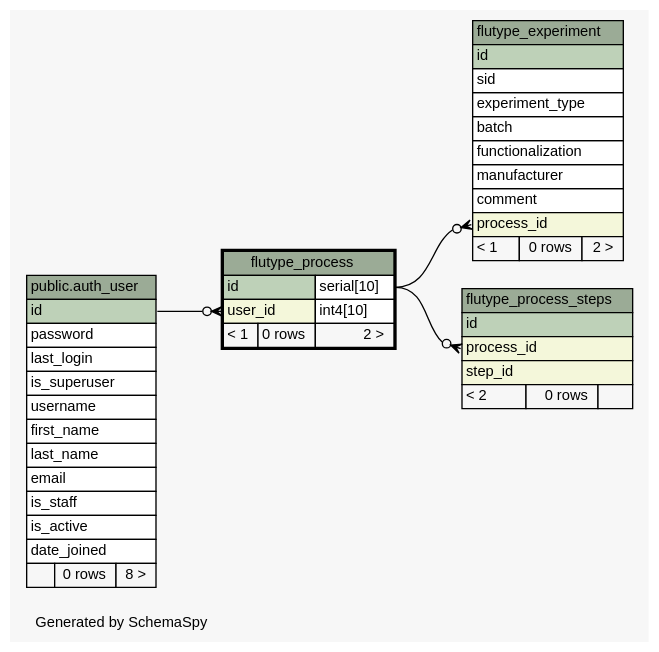
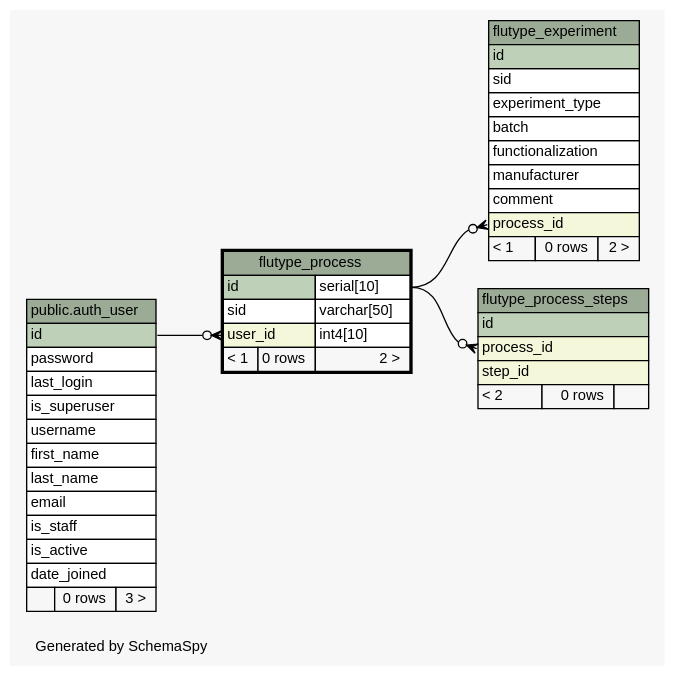
One commit to janekg89/flutype_webapp changed the diagram in docs/schema/diagrams/flutype_process.1degree.dot. Above: the diagram before and after it, drawn with Graphviz. The commit also changed 139 other files, not shown here.

Commit message:
add schema settings for janeks pc, working on fill_db.py with new model.

```diff
--- a/docs/schema/diagrams/flutype_process.1degree.dot
+++ b/docs/schema/diagrams/flutype_process.1degree.dot
@@ -1,84 +1,85 @@
-// dot 2.38.0 on Linux 4.4.0-89-generic
+// dot 2.38.0 on Linux 4.10.0-27-generic
 // SchemaSpy rev 590
 digraph "oneDegreeRelationshipsDiagram" {
   graph [
     rankdir="RL"
     bgcolor="#f7f7f7"
     label="\nGenerated by SchemaSpy"
     labeljust="l"
     nodesep="0.18"
     ranksep="0.46"
     fontname="Helvetica"
     fontsize="11"
   ];
   node [
     fontname="Helvetica"
     fontsize="11"
     shape="plaintext"
   ];
   edge [
     arrowsize="0.8"
   ];
   "flutype_experiment":"process_id":w -> "flutype_process":"id.type":e [arrowhead=none dir=back arrowtail=crowodot];
   "flutype_process":"user_id":w -> "public.auth_user":"id":e [arrowhead=none dir=back arrowtail=crowodot];
   "flutype_process_steps":"process_id":w -> "flutype_process":"id.type":e [arrowhead=none dir=back arrowtail=crowodot];
   "public.auth_user" [
     label=<
     <TABLE BORDER="0" CELLBORDER="1" CELLSPACING="0" BGCOLOR="#ffffff">
       <TR><TD COLSPAN="3" BGCOLOR="#9bab96" ALIGN="CENTER">public.auth_user</TD></TR>
       <TR><TD PORT="id" COLSPAN="3" BGCOLOR="#bed1b8" ALIGN="LEFT">id</TD></TR>
       <TR><TD PORT="password" COLSPAN="3" ALIGN="LEFT">password</TD></TR>
       <TR><TD PORT="last_login" COLSPAN="3" ALIGN="LEFT">last_login</TD></TR>
       <TR><TD PORT="is_superuser" COLSPAN="3" ALIGN="LEFT">is_superuser</TD></TR>
       <TR><TD PORT="username" COLSPAN="3" ALIGN="LEFT">username</TD></TR>
       <TR><TD PORT="first_name" COLSPAN="3" ALIGN="LEFT">first_name</TD></TR>
       <TR><TD PORT="last_name" COLSPAN="3" ALIGN="LEFT">last_name</TD></TR>
       <TR><TD PORT="email" COLSPAN="3" ALIGN="LEFT">email</TD></TR>
       <TR><TD PORT="is_staff" COLSPAN="3" ALIGN="LEFT">is_staff</TD></TR>
       <TR><TD PORT="is_active" COLSPAN="3" ALIGN="LEFT">is_active</TD></TR>
       <TR><TD PORT="date_joined" COLSPAN="3" ALIGN="LEFT">date_joined</TD></TR>
-      <TR><TD ALIGN="LEFT" BGCOLOR="#f7f7f7">  </TD><TD ALIGN="RIGHT" BGCOLOR="#f7f7f7">0 rows</TD><TD ALIGN="RIGHT" BGCOLOR="#f7f7f7">8 &gt;</TD></TR>
+      <TR><TD ALIGN="LEFT" BGCOLOR="#f7f7f7">  </TD><TD ALIGN="RIGHT" BGCOLOR="#f7f7f7">0 rows</TD><TD ALIGN="RIGHT" BGCOLOR="#f7f7f7">3 &gt;</TD></TR>
     </TABLE>>
     tooltip="public.auth_user"
   ];
   "flutype_experiment" [
     label=<
     <TABLE BORDER="0" CELLBORDER="1" CELLSPACING="0" BGCOLOR="#ffffff">
       <TR><TD COLSPAN="3" BGCOLOR="#9bab96" ALIGN="CENTER">flutype_experiment</TD></TR>
       <TR><TD PORT="id" COLSPAN="3" BGCOLOR="#bed1b8" ALIGN="LEFT">id</TD></TR>
       <TR><TD PORT="sid" COLSPAN="3" ALIGN="LEFT">sid</TD></TR>
       <TR><TD PORT="experiment_type" COLSPAN="3" ALIGN="LEFT">experiment_type</TD></TR>
       <TR><TD PORT="batch" COLSPAN="3" ALIGN="LEFT">batch</TD></TR>
       <TR><TD PORT="functionalization" COLSPAN="3" ALIGN="LEFT">functionalization</TD></TR>
       <TR><TD PORT="manufacturer" COLSPAN="3" ALIGN="LEFT">manufacturer</TD></TR>
       <TR><TD PORT="comment" COLSPAN="3" ALIGN="LEFT">comment</TD></TR>
       <TR><TD PORT="process_id" COLSPAN="3" BGCOLOR="#f4f7da" ALIGN="LEFT">process_id</TD></TR>
       <TR><TD ALIGN="LEFT" BGCOLOR="#f7f7f7">&lt; 1</TD><TD ALIGN="RIGHT" BGCOLOR="#f7f7f7">0 rows</TD><TD ALIGN="RIGHT" BGCOLOR="#f7f7f7">2 &gt;</TD></TR>
     </TABLE>>
     URL="flutype_experiment.html"
     tooltip="flutype_experiment"
   ];
   "flutype_process" [
     label=<
     <TABLE BORDER="2" CELLBORDER="1" CELLSPACING="0" BGCOLOR="#ffffff">
       <TR><TD COLSPAN="3" BGCOLOR="#9bab96" ALIGN="CENTER">flutype_process</TD></TR>
       <TR><TD PORT="id" COLSPAN="2" BGCOLOR="#bed1b8" ALIGN="LEFT">id</TD><TD PORT="id.type" ALIGN="LEFT">serial[10]</TD></TR>
+      <TR><TD PORT="sid" COLSPAN="2" ALIGN="LEFT">sid</TD><TD PORT="sid.type" ALIGN="LEFT">varchar[50]</TD></TR>
       <TR><TD PORT="user_id" COLSPAN="2" BGCOLOR="#f4f7da" ALIGN="LEFT">user_id</TD><TD PORT="user_id.type" ALIGN="LEFT">int4[10]</TD></TR>
       <TR><TD ALIGN="LEFT" BGCOLOR="#f7f7f7">&lt; 1</TD><TD ALIGN="RIGHT" BGCOLOR="#f7f7f7">0 rows</TD><TD ALIGN="RIGHT" BGCOLOR="#f7f7f7">2 &gt;</TD></TR>
     </TABLE>>
     URL="flutype_process.html"
     tooltip="flutype_process"
   ];
   "flutype_process_steps" [
     label=<
     <TABLE BORDER="0" CELLBORDER="1" CELLSPACING="0" BGCOLOR="#ffffff">
       <TR><TD COLSPAN="3" BGCOLOR="#9bab96" ALIGN="CENTER">flutype_process_steps</TD></TR>
       <TR><TD PORT="id" COLSPAN="3" BGCOLOR="#bed1b8" ALIGN="LEFT">id</TD></TR>
       <TR><TD PORT="process_id" COLSPAN="3" BGCOLOR="#f4f7da" ALIGN="LEFT">process_id</TD></TR>
       <TR><TD PORT="step_id" COLSPAN="3" BGCOLOR="#f4f7da" ALIGN="LEFT">step_id</TD></TR>
       <TR><TD ALIGN="LEFT" BGCOLOR="#f7f7f7">&lt; 2</TD><TD ALIGN="RIGHT" BGCOLOR="#f7f7f7">0 rows</TD><TD ALIGN="RIGHT" BGCOLOR="#f7f7f7">  </TD></TR>
     </TABLE>>
     URL="flutype_process_steps.html"
     tooltip="flutype_process_steps"
   ];
 }
```
